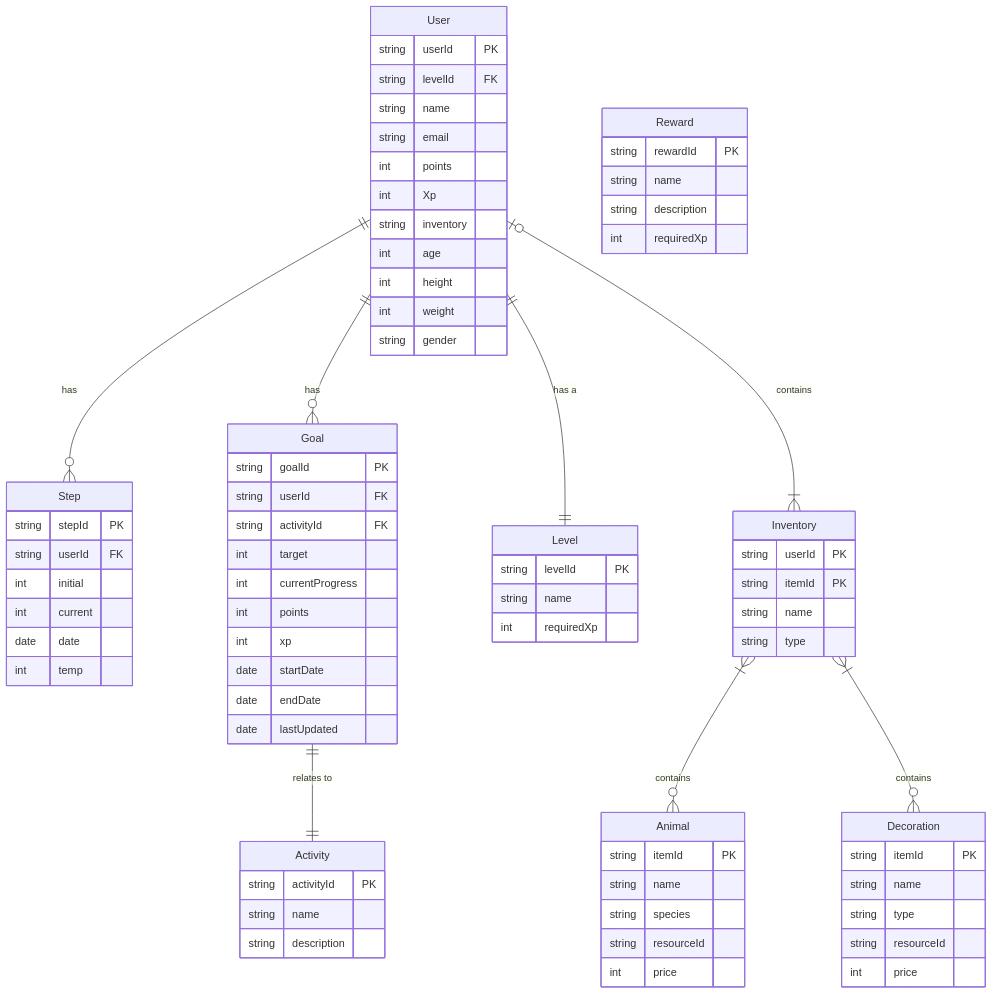
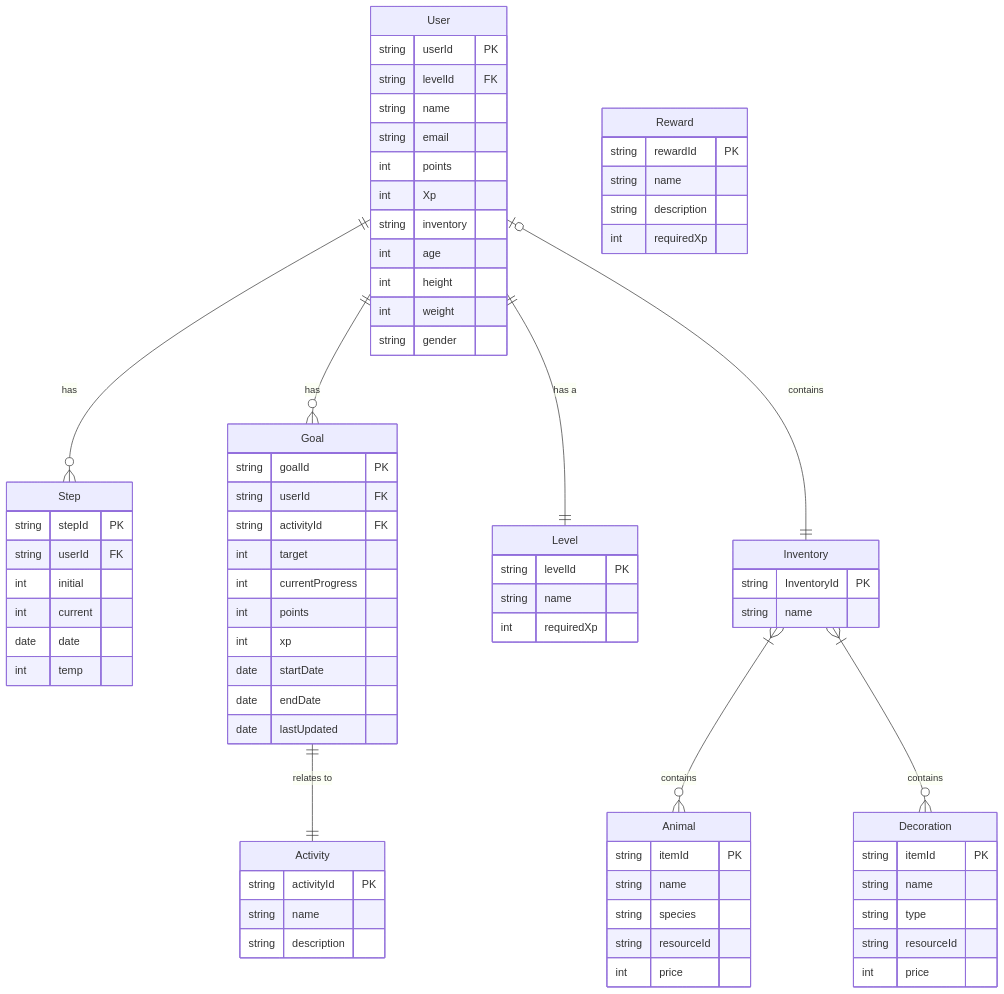
One commit to PVP-K409/fit-flow-docs changed the diagram in database/SCHEMA.md. Above: the diagram before and after it, drawn with Mermaid.

```diff
--- a/database/SCHEMA.md
+++ b/database/SCHEMA.md
@@ -51,10 +51,8 @@
     }
 
     Inventory {
-        string userId PK
-        string itemId PK
+        string InventoryId PK
         string name
-        string type
     }
 
     Animal {
@@ -83,7 +81,7 @@
     User ||--o{ Goal : "has"
     Goal ||--|| Activity : "relates to"
     User ||--|| Level : "has a"
-    User |o--|{ Inventory : "contains"
+    User |o--|| Inventory : "contains"
     User ||--o{ Step : "has"
     Inventory }|--o{ Animal : "contains"
     Inventory }|--o{ Decoration : "contains"
```
